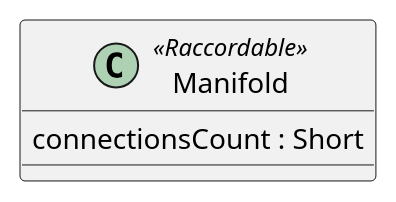
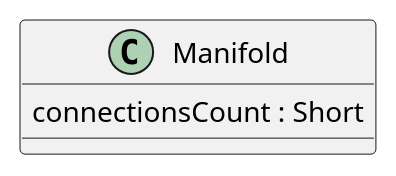
The diagram in src/class/include/manifold.iuml (beerfactory/brewbox-uml), drawn with PlantUML before and after one commit. The commit also changed 9 other files, not shown here.

```diff
--- a/src/class/include/manifold.iuml
+++ b/src/class/include/manifold.iuml
@@ -1,3 +1,3 @@
-class Manifold <<Raccordable>> {
+class Manifold {
 	connectionsCount : Short
 }
```
